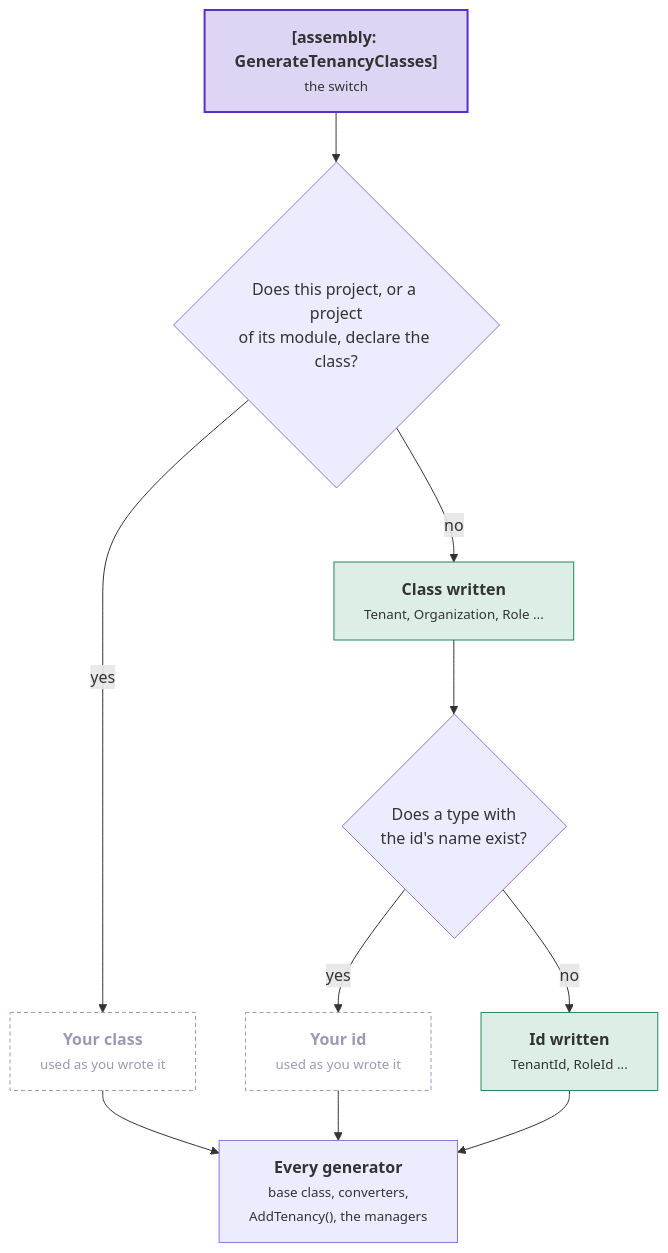
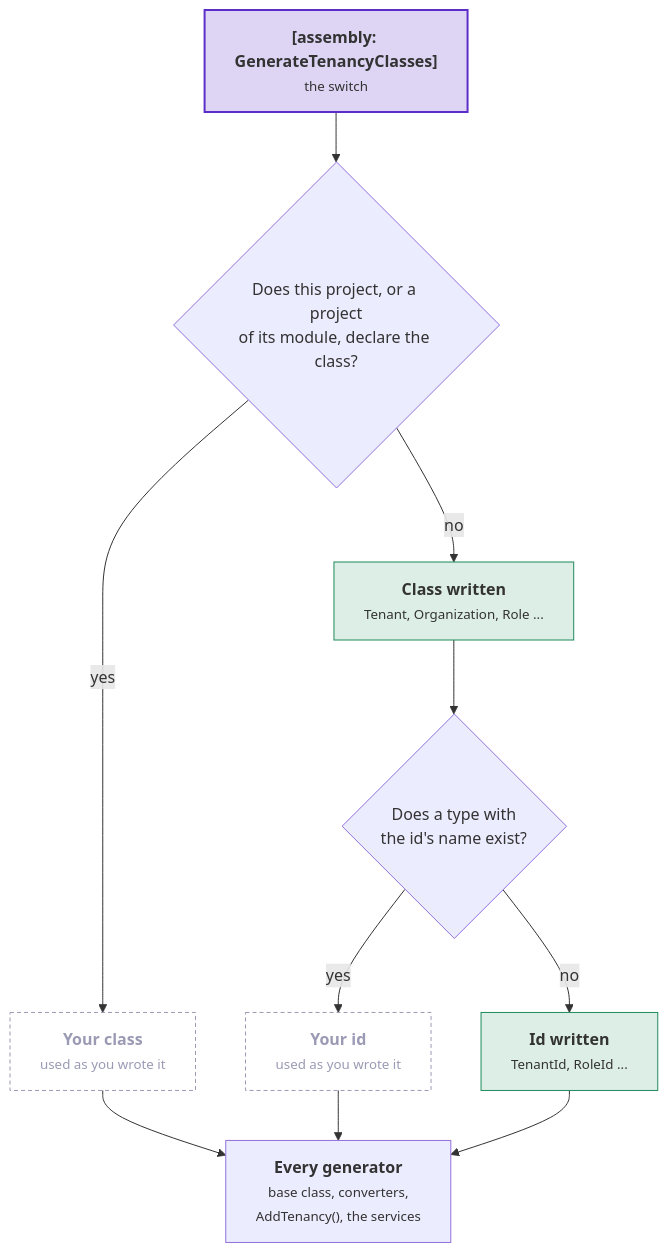
The first of 2 diagrams in docs/tenancy/your-module.md (DylanSnel/DDDToolkit), drawn with Mermaid before and after one commit. The commit also changed other lines of this file and 65 other files, not shown here.

First line of the commit message:
Docs and diagnostics name Tenancy's and Membership's services and repositories (0.2.0)

````diff
--- a/docs/tenancy/your-module.md
+++ b/docs/tenancy/your-module.md
@@ -96,26 +96,26 @@
 ```mermaid
 flowchart TB
     theSwitch["<b>[assembly: GenerateTenancyClasses]</b><br/><small>the switch</small>"]
     classQ{"Does this project, or a project<br/>of its module, declare the class?"}
     yours["<b>Your class</b><br/><small>used as you wrote it</small>"]
     written["<b>Class written</b><br/><small>Tenant, Organization, Role ...</small>"]
     idQ{"Does a type with<br/>the id's name exist?"}
     taken["<b>Your id</b><br/><small>used as you wrote it</small>"]
     writtenId["<b>Id written</b><br/><small>TenantId, RoleId ...</small>"]
-    generators["<b>Every generator</b><br/><small>base class, converters,<br/>AddTenancy(), the managers</small>"]
+    generators["<b>Every generator</b><br/><small>base class, converters,<br/>AddTenancy(), the services</small>"]
     theSwitch --> classQ
     classQ -- "yes" --> yours
     classQ -- "no" --> written
     written --> idQ
     idQ -- "yes" --> taken
     idQ -- "no" --> writtenId
     yours --> generators
     taken --> generators
     writtenId --> generators
     classDef strong fill:#5b2ec933,stroke:#5b2ec9,stroke-width:2px
     classDef good fill:#1f8a5b26,stroke:#1f8a5b
     classDef muted fill:none,stroke:#9a9ab5,stroke-dasharray:4 3,color:#9a9ab5
     class theSwitch strong
     class written,writtenId good
     class yours,taken muted
 ```
````
